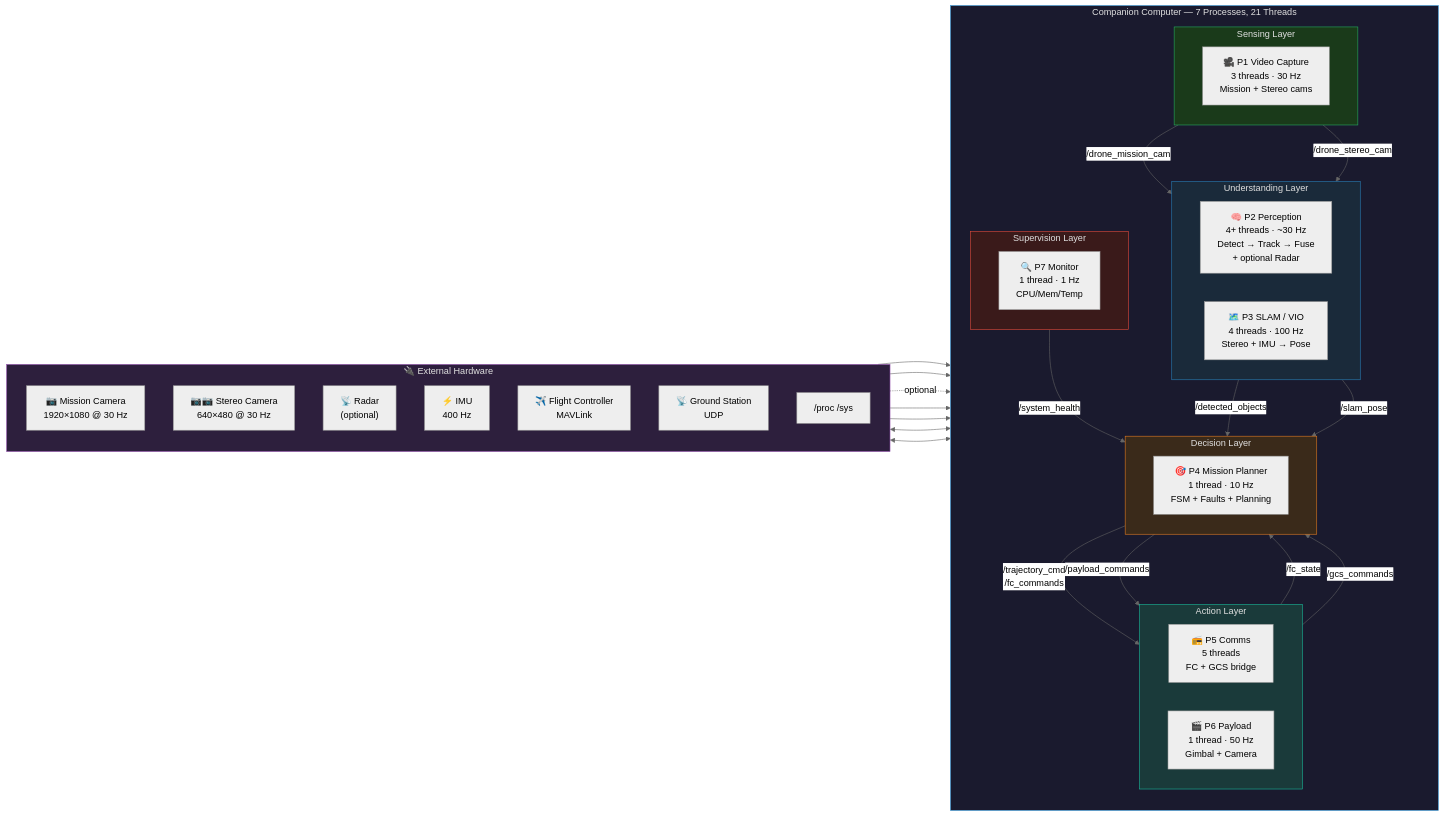
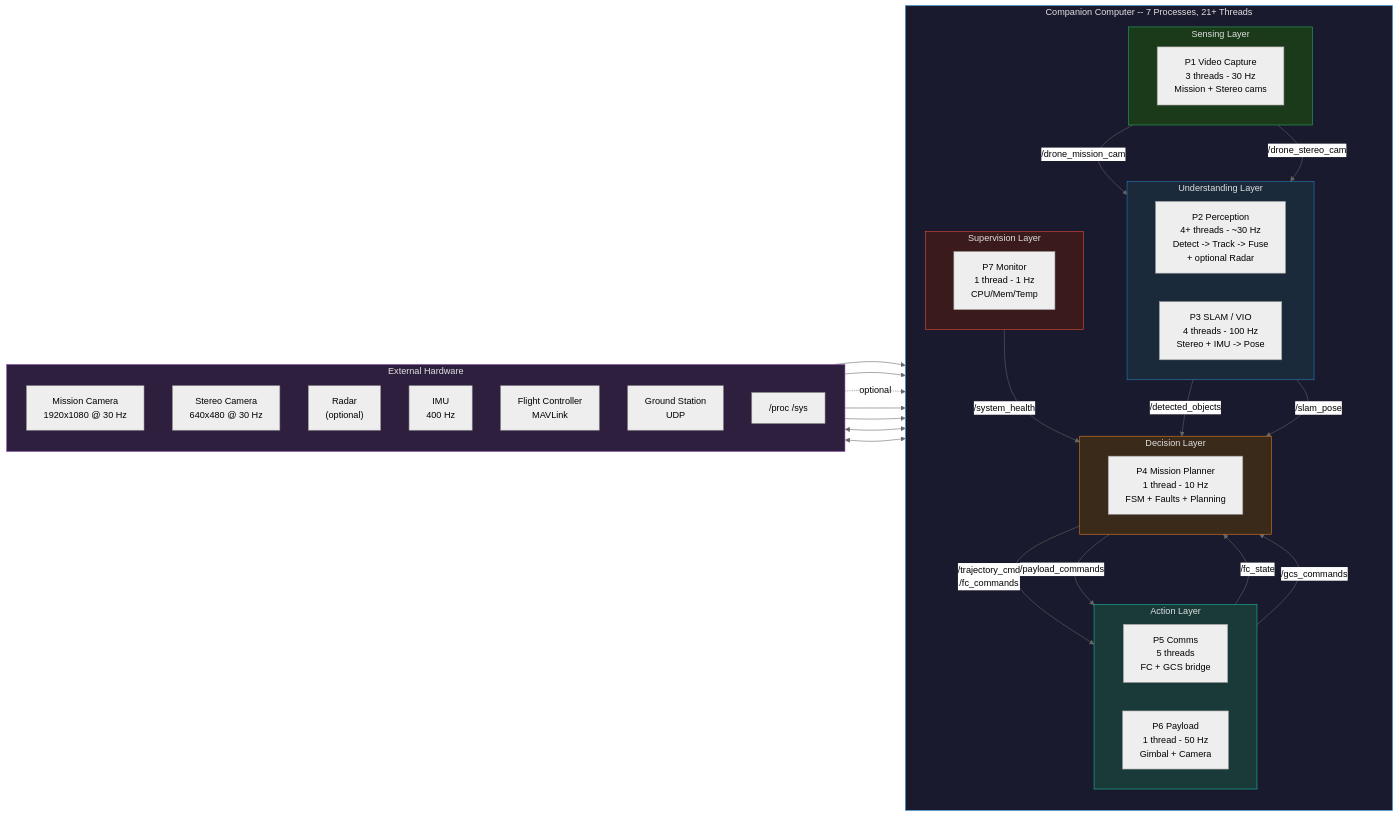
The diagram in README.md (nmohamaya/companion_software_stack), drawn with Mermaid (neutral theme) before and after one commit. The commit also changed other lines of this file, not shown here.

````diff
--- a/README.md
+++ b/README.md
@@ -75,70 +95,70 @@
 ```mermaid
 graph LR
-    subgraph Sensors["🔌 External Hardware"]
+    subgraph Sensors["External Hardware"]
         direction TB
-        MissionCam["📷 Mission Camera\n1920×1080 @ 30 Hz"]
-        StereoCam["📷📷 Stereo Camera\n640×480 @ 30 Hz"]
-        Radar["📡 Radar\n(optional)"]
-        IMU["⚡ IMU\n400 Hz"]
-        FC["✈️ Flight Controller\nMAVLink"]
-        GCS["📡 Ground Station\nUDP"]
+        MissionCam["Mission Camera\n1920x1080 @ 30 Hz"]
+        StereoCam["Stereo Camera\n640x480 @ 30 Hz"]
+        Radar["Radar\n(optional)"]
+        IMU["IMU\n400 Hz"]
+        FC["Flight Controller\nMAVLink"]
+        GCS["Ground Station\nUDP"]
         OS["/proc  /sys"]
     end
 
-    subgraph Stack["Companion Computer — 7 Processes, 21 Threads"]
+    subgraph Stack["Companion Computer -- 7 Processes, 21+ Threads"]
         direction TB
 
         subgraph Sense["Sensing Layer"]
             direction LR
-            P1["🎥 P1 Video Capture\n3 threads · 30 Hz\nMission + Stereo cams"]
+            P1["P1 Video Capture\n3 threads - 30 Hz\nMission + Stereo cams"]
         end
 
         subgraph Understand["Understanding Layer"]
             direction LR
-            P2["🧠 P2 Perception\n4+ threads · ~30 Hz\nDetect → Track → Fuse\n+ optional Radar"]
-            P3["🗺️ P3 SLAM / VIO\n4 threads · 100 Hz\nStereo + IMU → Pose"]
+            P2["P2 Perception\n4+ threads - ~30 Hz\nDetect -> Track -> Fuse\n+ optional Radar"]
+            P3["P3 SLAM / VIO\n4 threads - 100 Hz\nStereo + IMU -> Pose"]
         end
 
         subgraph Decide["Decision Layer"]
             direction LR
-            P4["🎯 P4 Mission Planner\n1 thread · 10 Hz\nFSM + Faults + Planning"]
+            P4["P4 Mission Planner\n1 thread - 10 Hz\nFSM + Faults + Planning"]
         end
 
         subgraph Act["Action Layer"]
             direction LR
-            P5["📻 P5 Comms\n5 threads\nFC + GCS bridge"]
-            P6["🎬 P6 Payload\n1 thread · 50 Hz\nGimbal + Camera"]
+            P5["P5 Comms\n5 threads\nFC + GCS bridge"]
+            P6["P6 Payload\n1 thread - 50 Hz\nGimbal + Camera"]
         end
 
         subgraph Watch["Supervision Layer"]
             direction LR
-            P7["🔍 P7 Monitor\n1 thread · 1 Hz\nCPU/Mem/Temp"]
+            P7["P7 Monitor\n1 thread - 1 Hz\nCPU/Mem/Temp"]
         end
     end
 
     MissionCam --> P1
     StereoCam --> P1
     Radar -.->|"optional"| P2
     IMU --> P3
     OS --> P7
     FC <--> P5
     GCS <--> P5
 
     P1 -->|"/drone_mission_cam"| P2
     P1 -->|"/drone_stereo_cam"| P3
     P2 -->|"/detected_objects"| P4
     P3 -->|"/slam_pose"| P4
     P5 -->|"/fc_state"| P4
     P5 -->|"/gcs_commands"| P4
     P7 -->|"/system_health"| P4
     P4 -->|"/trajectory_cmd\n/fc_commands"| P5
     P4 -->|"/payload_commands"| P6
 
     style Sensors fill:#2d1f3d,stroke:#9b59b6,color:#e0e0e0
     style Stack fill:#1a1a2e,stroke:#3498db,color:#e0e0e0
     style Sense fill:#1a3a1a,stroke:#27ae60,color:#e0e0e0
     style Understand fill:#1a2a3a,stroke:#2980b9,color:#e0e0e0
     style Decide fill:#3a2a1a,stroke:#e67e22,color:#e0e0e0
     style Act fill:#1a3a3a,stroke:#1abc9c,color:#e0e0e0
     style Watch fill:#3a1a1a,stroke:#e74c3c,color:#e0e0e0
 ```
````
